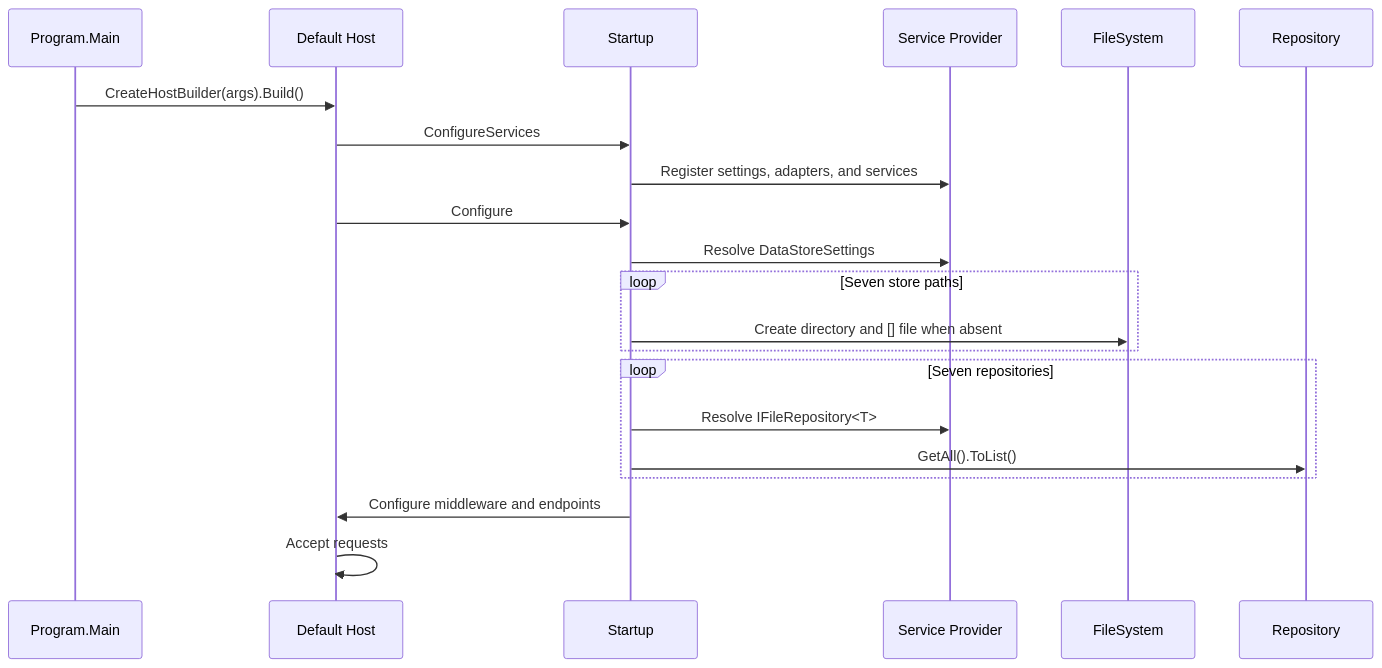
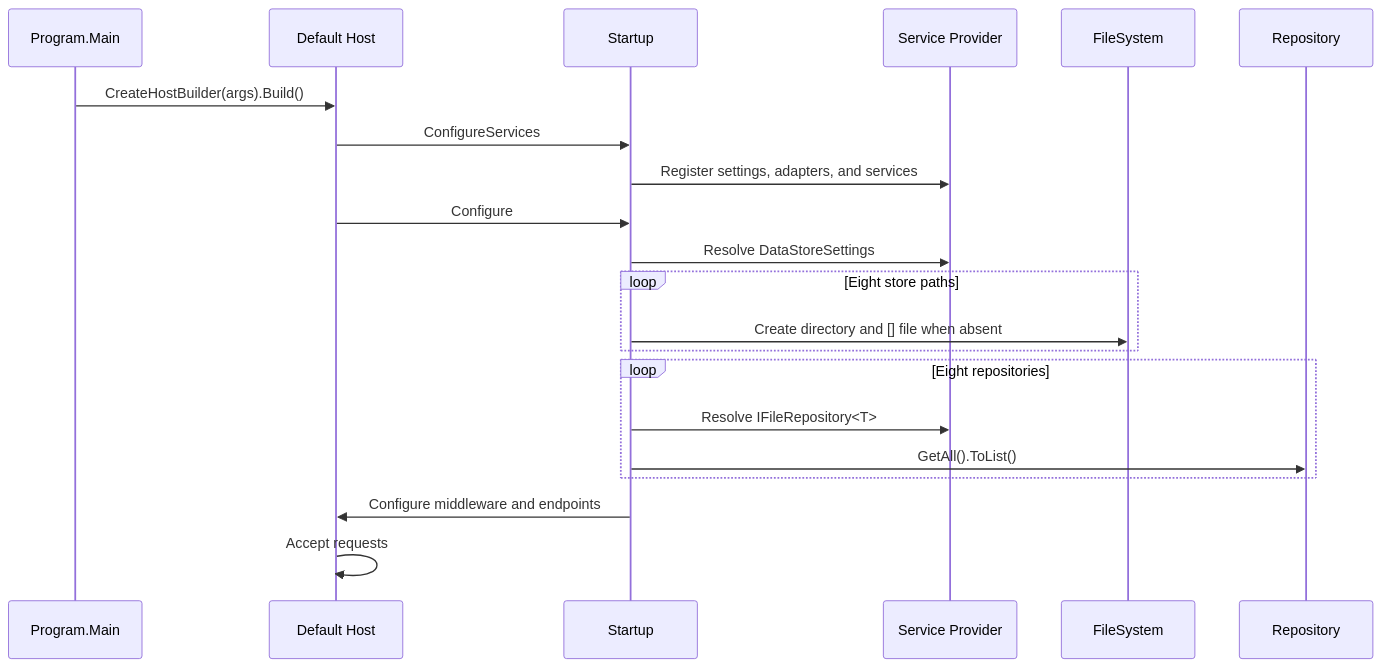
The third of 4 diagrams in docs/architecture.md (hmlendea/nucicraft-api), drawn with Mermaid before and after one commit. The commit also changed other lines of this file and 25 other files, not shown here.

````diff
--- a/docs/architecture.md
+++ b/docs/architecture.md
@@ -113,24 +113,24 @@
 ```mermaid
 sequenceDiagram
     participant Main as Program.Main
     participant Host as Default Host
     participant Startup
     participant DI as Service Provider
     participant FileSystem
     participant Repository
 
     Main->>Host: CreateHostBuilder(args).Build()
     Host->>Startup: ConfigureServices
     Startup->>DI: Register settings, adapters, and services
     Host->>Startup: Configure
     Startup->>DI: Resolve DataStoreSettings
-    loop Seven store paths
+    loop Eight store paths
         Startup->>FileSystem: Create directory and [] file when absent
     end
-    loop Seven repositories
+    loop Eight repositories
         Startup->>DI: Resolve IFileRepository<T>
         Startup->>Repository: GetAll().ToList()
     end
     Startup->>Host: Configure middleware and endpoints
     Host->>Host: Accept requests
 ```
````
